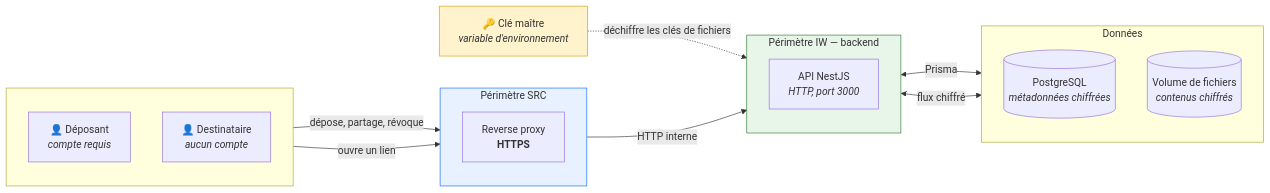
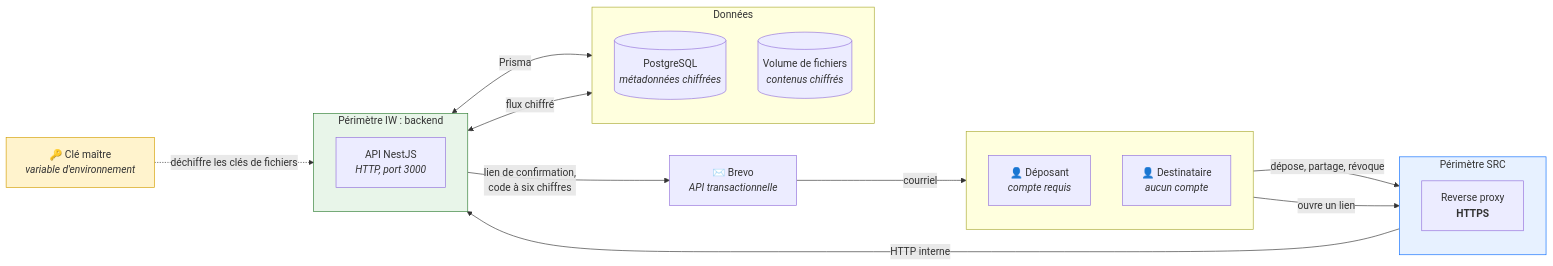
Before and after one commit to niniz13/filemoica: the first of 8 diagrams in docs/architecture-backend.md, drawn with Mermaid. The commit also changed other lines of this file and 7 other files, not shown here.

````diff
--- a/docs/architecture-backend.md
+++ b/docs/architecture-backend.md
@@ -10,37 +9,40 @@
 ```mermaid
 flowchart LR
     subgraph internet[" "]
         direction TB
         U["👤 Déposant<br/><i>compte requis</i>"]
         D["👤 Destinataire<br/><i>aucun compte</i>"]
     end
 
     subgraph src["Périmètre SRC"]
         direction TB
         RP["Reverse proxy<br/><b>HTTPS</b>"]
     end
 
-    subgraph iw["Périmètre IW — backend"]
+    subgraph iw["Périmètre IW : backend"]
         direction TB
         API["API NestJS<br/><i>HTTP, port 3000</i>"]
     end
 
     subgraph donnees["Données"]
         direction TB
         DB[("PostgreSQL<br/><i>métadonnées chiffrées</i>")]
         FS[("Volume de fichiers<br/><i>contenus chiffrés</i>")]
     end
 
     KEY["🔑 Clé maître<br/><i>variable d'environnement</i>"]
+    MAIL["✉️ Brevo<br/><i>API transactionnelle</i>"]
 
     U -->|"dépose, partage, révoque"| RP
     D -->|"ouvre un lien"| RP
     RP -->|"HTTP interne"| API
     API <-->|"Prisma"| DB
     API <-->|"flux chiffré"| FS
+    API -->|"lien de confirmation,<br/>code à six chiffres"| MAIL
+    MAIL -->|"courriel"| U
     KEY -.->|"déchiffre les clés de fichiers"| API
 
     style KEY fill:#fff3cd,stroke:#d39e00
     style src fill:#e7f1ff,stroke:#0d6efd
     style iw fill:#e8f5e9,stroke:#2e7d32
 ```
````
